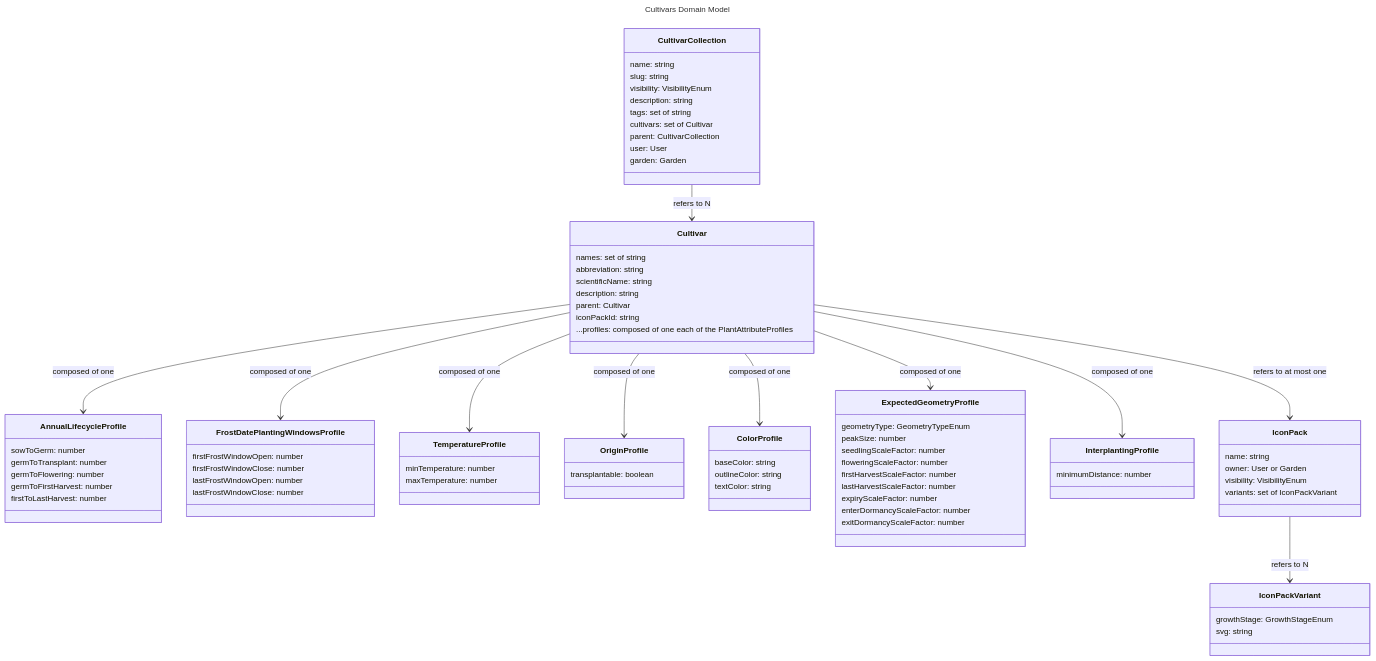
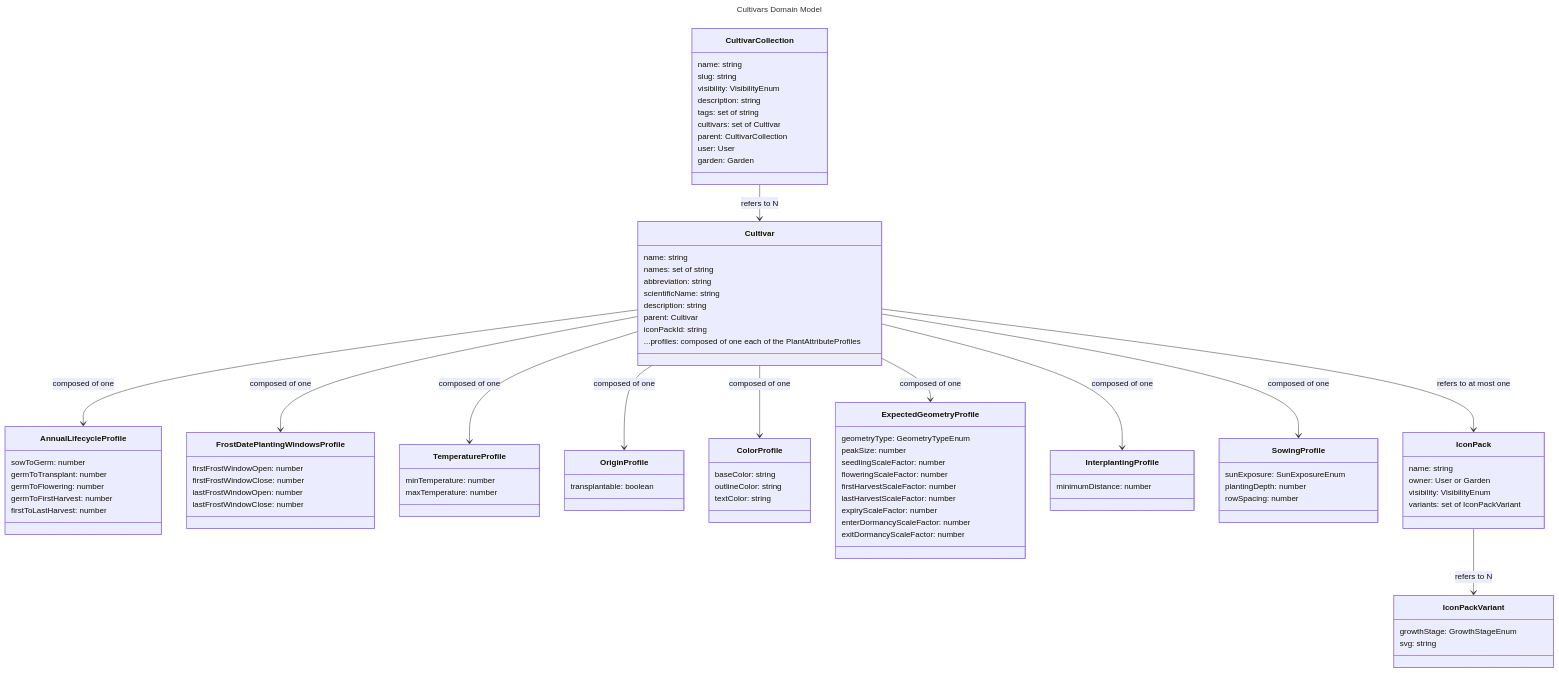
One commit to Verdagraph/Webapp changed the diagram in design/cultivars/models.md. Above: the diagram before and after it, drawn with Mermaid. The commit also changed other lines of this file and 25 other files, not shown here.

```diff
--- a/design/cultivars/models.md
+++ b/design/cultivars/models.md
@@ -18,6 +18,7 @@
     Cultivar --> ColorProfile : composed of one
     Cultivar --> ExpectedGeometryProfile : composed of one
     Cultivar --> InterplantingProfile : composed of one
+    Cultivar --> SowingProfile : composed of one
     Cultivar --> IconPack : refers to at most one
     IconPack --> IconPackVariant : refers to N
 
@@ -33,6 +34,7 @@
         garden: Garden
     }
     class Cultivar{
+        name: string
         names: set of string
         abbreviation: string
         scientificName: string
@@ -80,6 +82,11 @@
     class InterplantingProfile {
         minimumDistance: number
     }
+    class SowingProfile {
+        sunExposure: SunExposureEnum
+        plantingDepth: number
+        rowSpacing: number
+    }
     class IconPack {
         name: string
         owner: User or Garden
```
